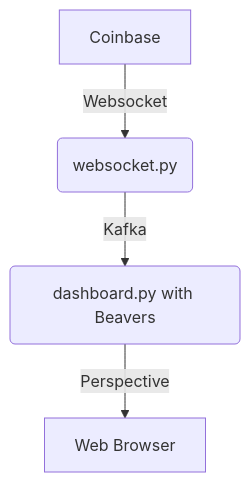
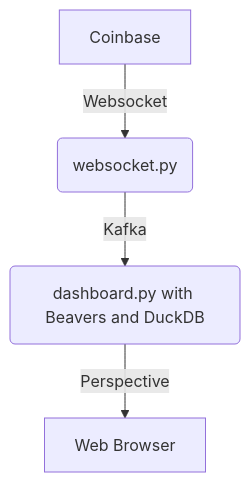
The diagram in 02_coinbase_duckdb/README.md (0x26res/beavers-examples), drawn with Mermaid before and after one commit. The commit also changed other lines of this file and 10 other files, not shown here.

````diff
--- a/02_coinbase_duckdb/README.md
+++ b/02_coinbase_duckdb/README.md
@@ -12,6 +13,6 @@
 ```mermaid
 flowchart TD
     A[Coinbase] -->|Websocket| B(websocket.py)
-    B -->|Kafka| C(dashboard.py with Beavers)
+    B -->|Kafka| C(dashboard.py with Beavers and DuckDB)
     C -->|Perspective| D[Web Browser]
 ```
````
